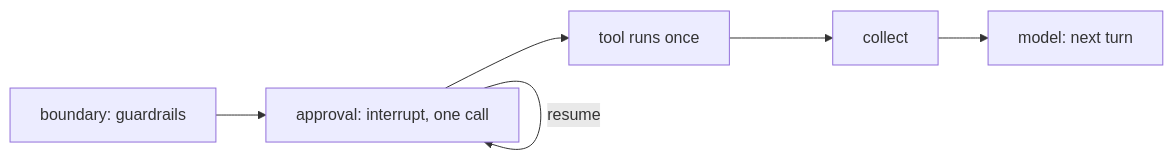
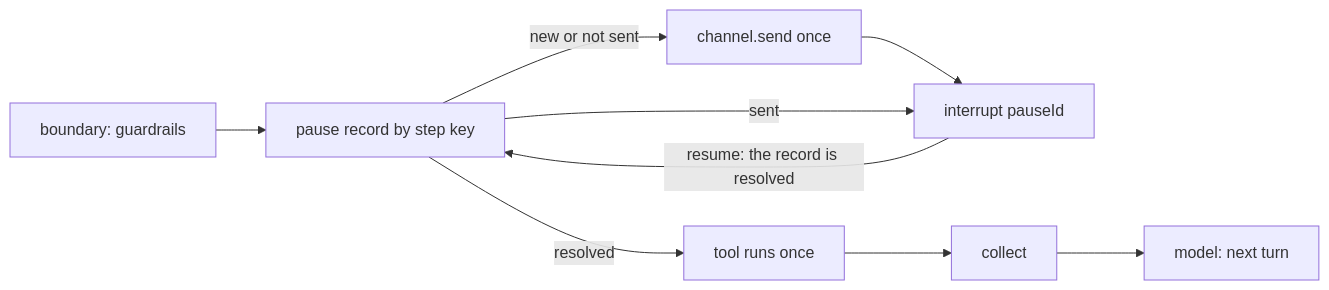
Before and after one commit to agbossjs/agboss: the diagram in Pause-seam.md, drawn with Mermaid. The commit also changed other lines of this file and 11 other files, not shown here.

First line of the commit message:
docs(#267): pauses and resume — Pauses (pending, resume by id, who answers, a pause's life, concurrent answers), Pause seam (S35), Tools, Testing, App, Several instances, Observability, Changelog — PR 2

````diff
--- a/Pause-seam.md
+++ b/Pause-seam.md
@@ -92,7 +98,9 @@
 ```mermaid
 flowchart LR
-  B[boundary: guardrails] --> P[approval: interrupt, one call]
-  P -- resume --> P
-  P --> T[tool runs once]
+  B[boundary: guardrails] --> R[pause record by step key]
+  R -- new or not sent --> S[channel.send once] --> I[interrupt pauseId]
+  R -- sent --> I
+  R -- resolved --> T[tool runs once]
+  I -- resume: the record is resolved --> R
   T --> C[collect] --> M[model: next turn]
 ```
````
